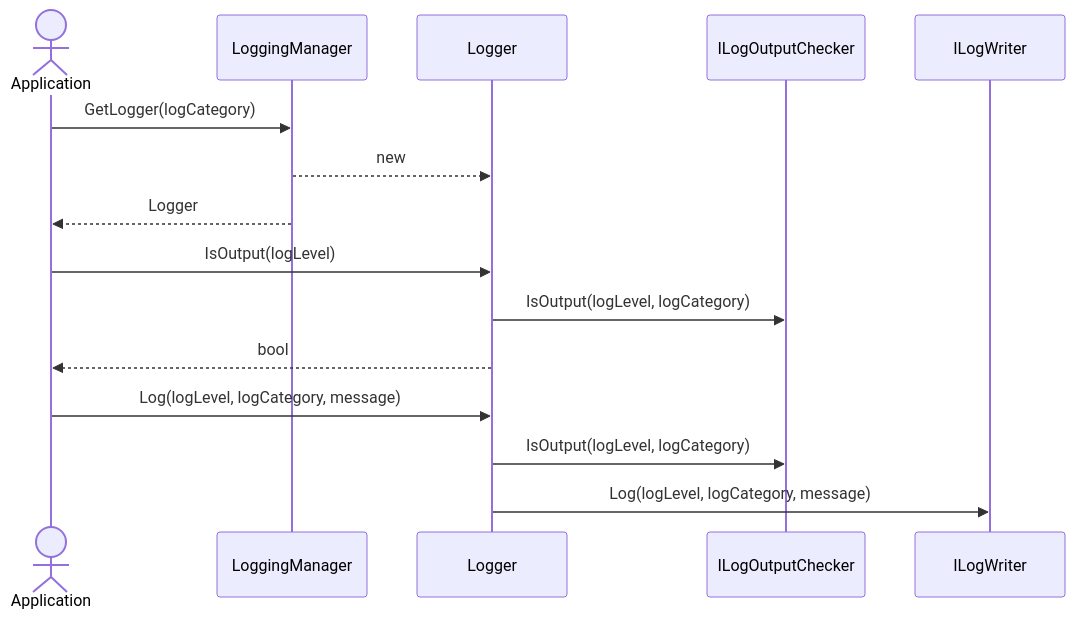
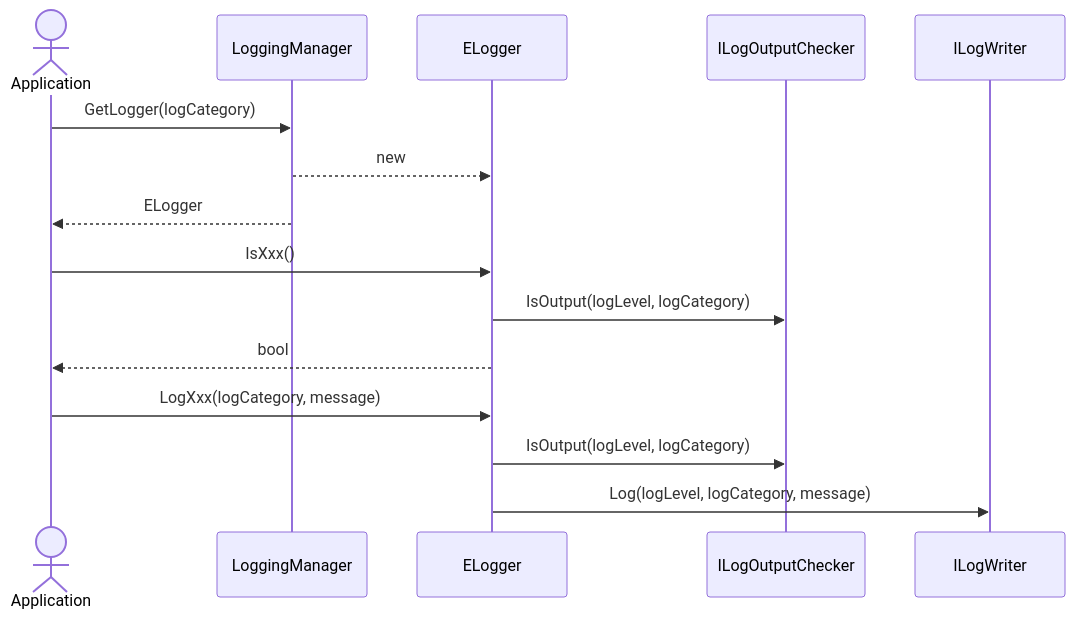
One commit to extreal-dev/Extreal.Guide changed the second of 2 diagrams in docs/core/logging.md. Above: the diagram before and after it, drawn with Mermaid. The commit also changed other lines of this file, not shown here.

````diff
--- a/docs/core/logging.md
+++ b/docs/core/logging.md
@@ -115,13 +119,13 @@
 ```mermaid
 sequenceDiagram
     actor Application
     Application->>LoggingManager: GetLogger(logCategory)
-    LoggingManager-->>Logger: new
-    LoggingManager-->>Application: Logger
-    Application->>Logger: IsOutput(logLevel)
-    Logger->>ILogOutputChecker: IsOutput(logLevel, logCategory)
-    Logger-->>Application: bool
-    Application->>Logger: Log(logLevel, logCategory, message)
-    Logger->>ILogOutputChecker: IsOutput(logLevel, logCategory)
-    Logger->>ILogWriter: Log(logLevel, logCategory, message)
+    LoggingManager-->>ELogger: new
+    LoggingManager-->>Application: ELogger
+    Application->>ELogger: IsXxx()
+    ELogger->>ILogOutputChecker: IsOutput(logLevel, logCategory)
+    ELogger-->>Application: bool
+    Application->>ELogger: LogXxx(logCategory, message)
+    ELogger->>ILogOutputChecker: IsOutput(logLevel, logCategory)
+    ELogger->>ILogWriter: Log(logLevel, logCategory, message)
 ```
````
